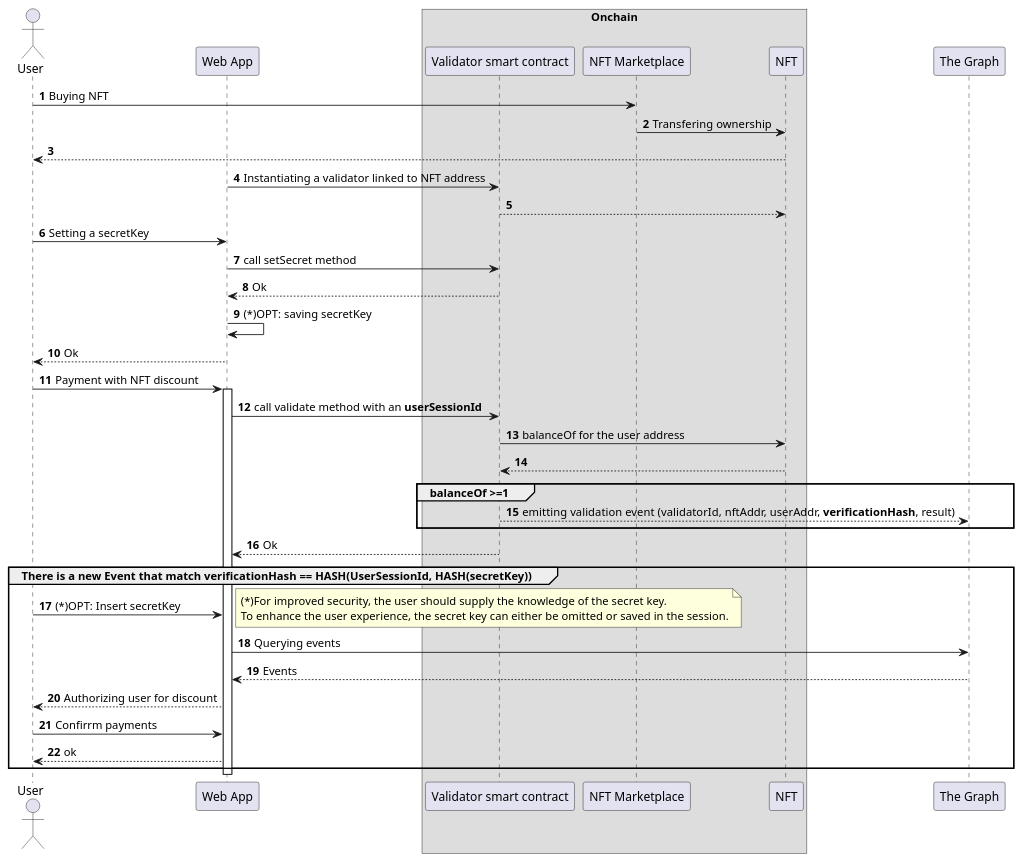
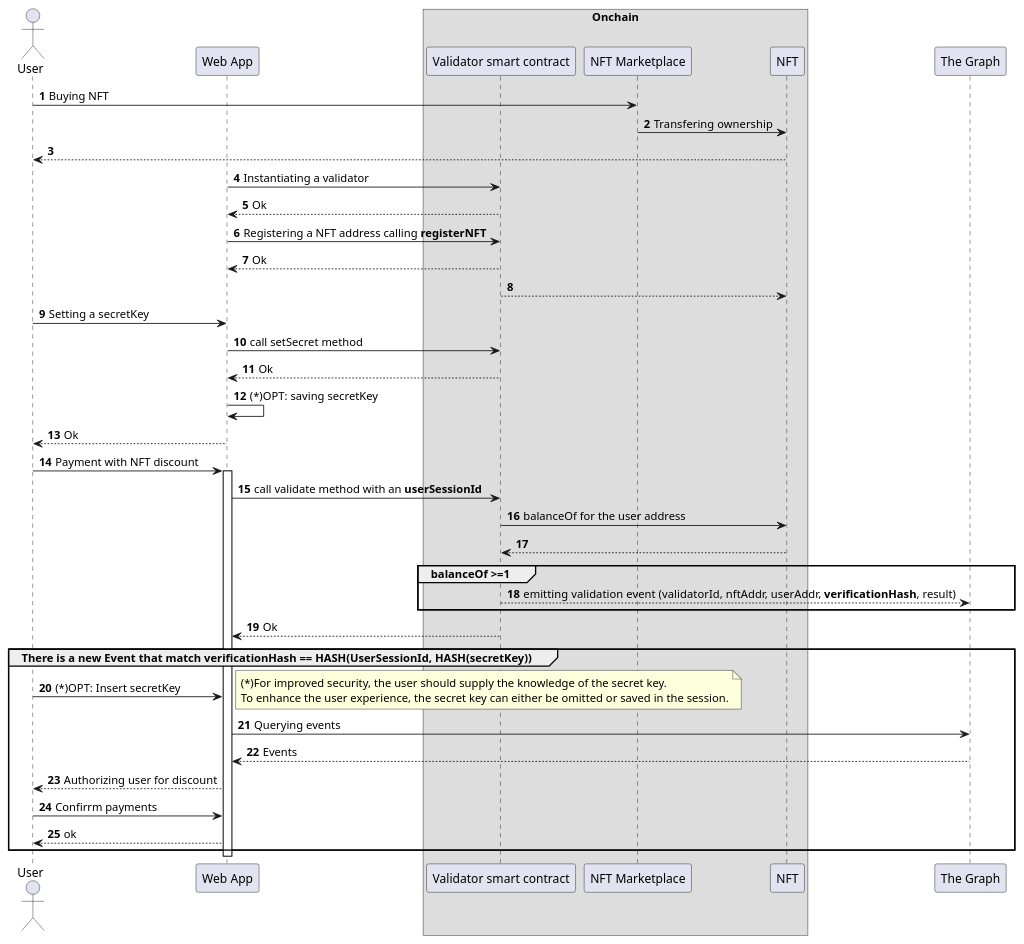
The diagram in plantuml/sequence.puml (kchain-solutions/ERC721-validation), drawn with PlantUML before and after one commit. The commit also changed 2 other files, not shown here.

```diff
--- a/plantuml/sequence.puml
+++ b/plantuml/sequence.puml
@@ -1,48 +1,51 @@
-@startuml
+@startuml ERC721Validator flow
 autonumber
-
 actor user as "User"
 participant client as "Web App"
 box "Onchain"
 	participant validator as "Validator smart contract"
 	participant nftm as "NFT Marketplace"
 	participant nft as "NFT"
 end box 
 participant graph as "The Graph"
 
 user -> nftm: Buying NFT
 nftm -> nft: Transfering ownership
 nft --> user
-client -> validator: Instantiating a validator linked to NFT address
+
+client -> validator: Instantiating a validator
+validator --> client: Ok
+client -> validator: Registering a NFT address calling **registerNFT**
+validator --> client: Ok
 validator --> nft
 
 user -> client: Setting a secretKey
 client -> validator: call setSecret method
 validator --> client: Ok 
 client -> client: (*)OPT: saving secretKey
 client --> user: Ok
 
 user -> client: Payment with NFT discount  
 activate client
 
 	client -> validator: call validate method with an **userSessionId**
 	validator -> nft: balanceOf for the user address 
 	nft --> validator
 
 	group balanceOf >=1
 		validator --> graph: emitting validation event (validatorId, nftAddr, userAddr, **verificationHash**, result)
 	end group
     validator --> client: Ok
 
 	group There is a new Event that match **verificationHash** == HASH(UserSessionId, HASH(secretKey))
     	user -> client: (*)OPT: Insert secretKey
         note right: (*)For improved security, the user should supply the knowledge of the secret key.\nTo enhance the user experience, the secret key can either be omitted or saved in the session.
 		client -> graph: Querying events
 		graph --> client: Events
 		client  --> user: Authorizing user for discount
 		user -> client: Confirrm payments
 		client --> user: ok
 end group
 
 deactivate client
 @enduml
```
